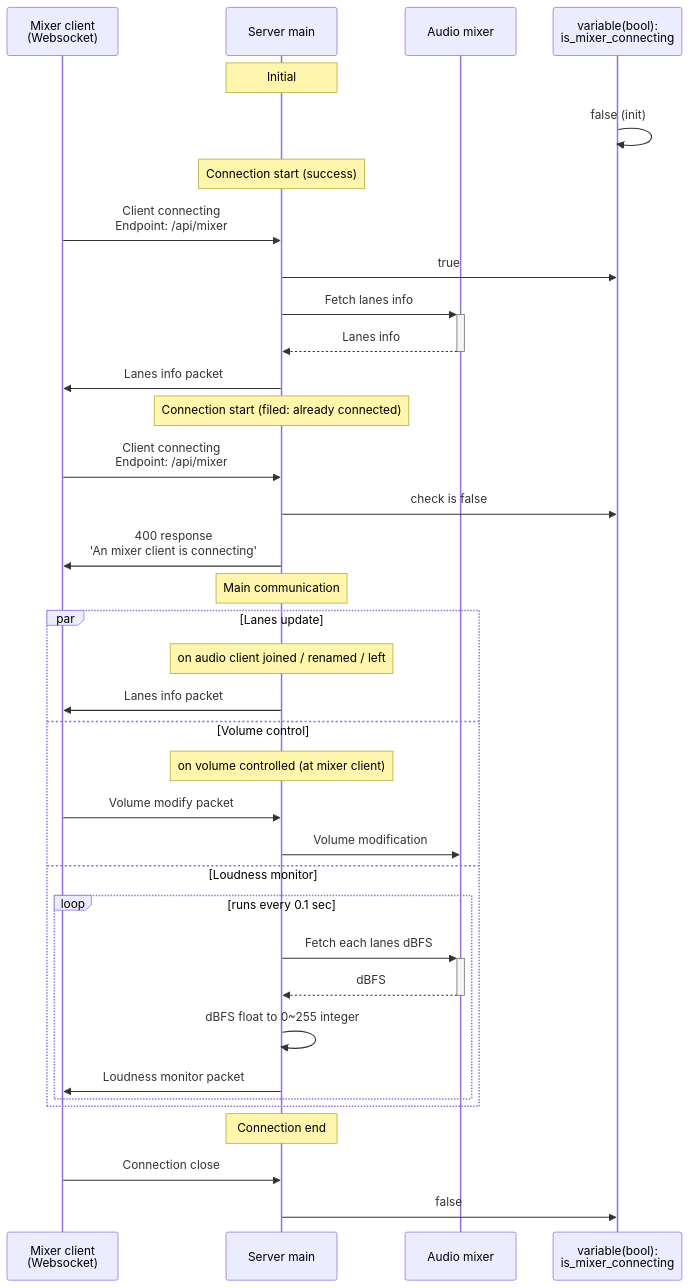
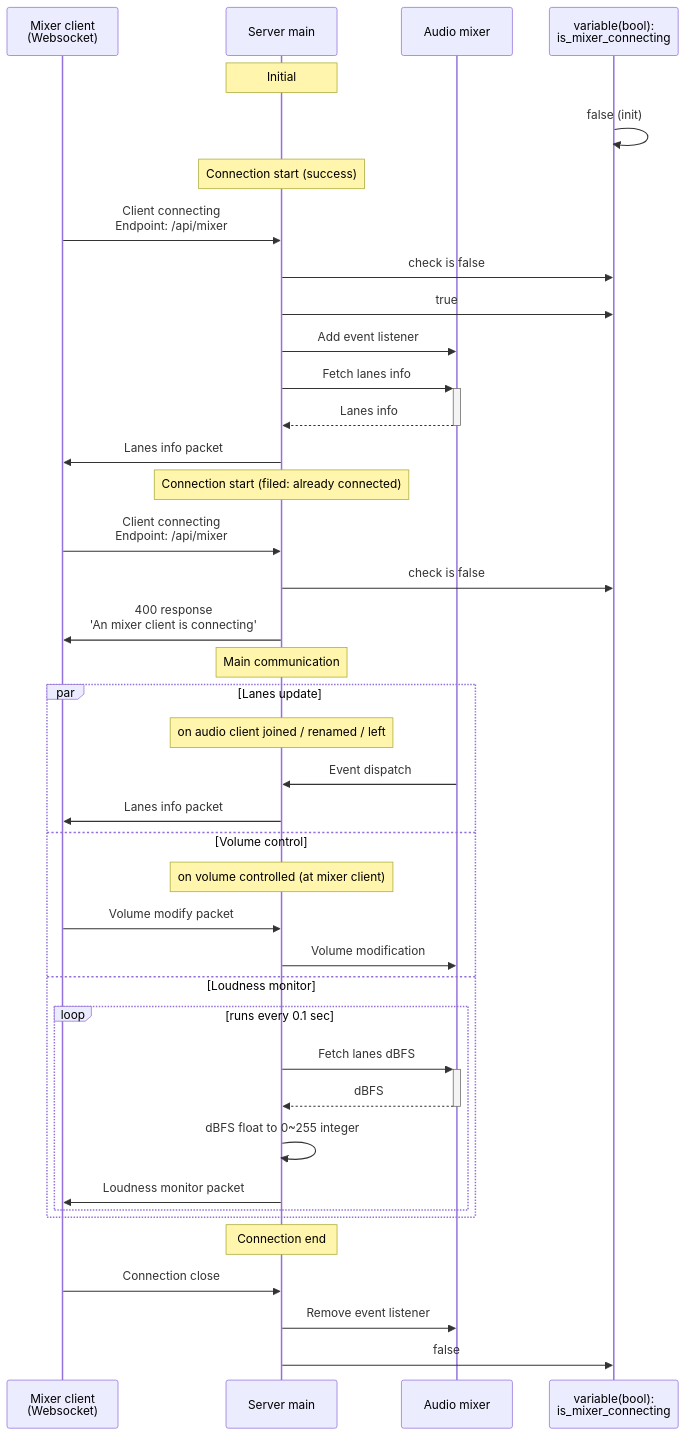
The second of 2 diagrams in designs/server-sequence.md (aKuad/web-intercom), drawn with Mermaid before and after one commit.

Commit message:
Mod: Lane updating communication driven by event

````diff
--- a/designs/server-sequence.md
+++ b/designs/server-sequence.md
@@ -30,43 +30,47 @@
 ```mermaid
 sequenceDiagram
   participant WSM as Mixer client<br>(Websocket)
   participant S as Server main
   participant AM as Audio mixer
   participant VC as variable(bool):<br>is_mixer_connecting
 
   Note over S: Initial
   VC->>VC: false (init)
 
   Note over S: Connection start (success)
   WSM->>S: Client connecting<br>Endpoint: /api/mixer
+  S->>VC: check is false
   S->>VC: true
+  S->>AM: Add event listener
   S->>+AM: Fetch lanes info
   AM-->>-S: Lanes info
   S->>WSM: Lanes info packet
 
   Note over S: Connection start (filed: already connected)
   WSM->>S: Client connecting<br>Endpoint: /api/mixer
   S->>VC: check is false
   S->>WSM: 400 response<br>'An mixer client is connecting'
 
   Note over S: Main communication
   par Lanes update
     Note over S: on audio client joined / renamed / left
+    AM->>S: Event dispatch
     S->>WSM: Lanes info packet
   and Volume control
     Note over S: on volume controlled (at mixer client)
     WSM->>S: Volume modify packet
     S->>AM: Volume modification
   and Loudness monitor
     loop runs every 0.1 sec
-      S->>+AM: Fetch each lanes dBFS
+      S->>+AM: Fetch lanes dBFS
       AM-->>-S: dBFS
       S->>S: dBFS float to 0~255 integer
       S->>WSM: Loudness monitor packet
     end
   end
 
   Note over S: Connection end
   WSM->>S: Connection close
+  S->>AM: Remove event listener
   S->>VC: false
 ```
````
